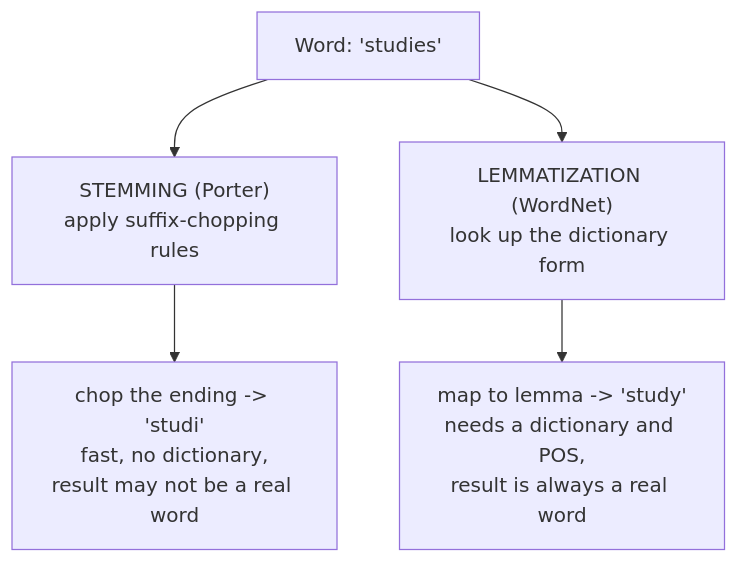
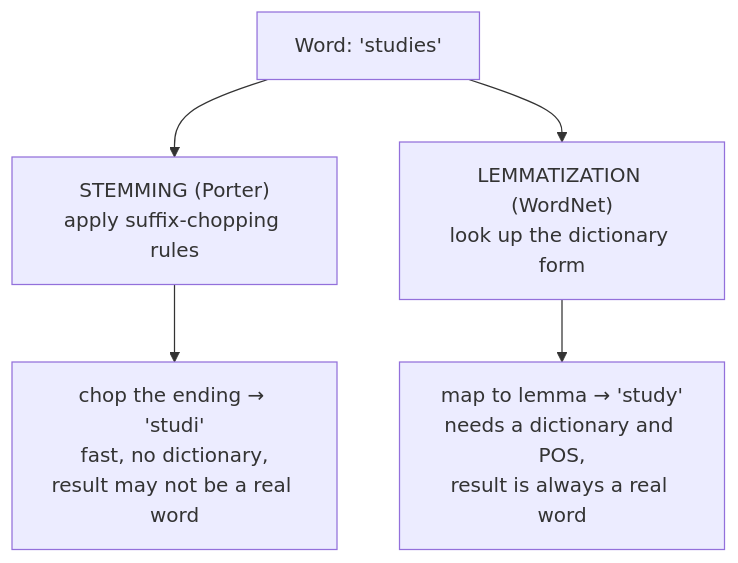
The first of 2 diagrams in content/courses/natural-language-processing-python/stemming-and-lemmatization.mdx (dataslope/dataslope), drawn with Mermaid before and after one commit. The commit also changed 26 other files, not shown here.

````diff
--- a/content/courses/natural-language-processing-python/stemming-and-lemmatization.mdx
+++ b/content/courses/natural-language-processing-python/stemming-and-lemmatization.mdx
@@ -27,7 +27,7 @@
 ```mermaid
 flowchart TB
     W["Word: 'studies'"] --> S["STEMMING (Porter)<br/>apply suffix-chopping rules"]
     W --> L["LEMMATIZATION (WordNet)<br/>look up the dictionary form"]
-    S --> S1["chop the ending -> 'studi'<br/>fast, no dictionary,<br/>result may not be a real word"]
-    L --> L1["map to lemma -> 'study'<br/>needs a dictionary and POS,<br/>result is always a real word"]
+    S --> S1["chop the ending → 'studi'<br/>fast, no dictionary,<br/>result may not be a real word"]
+    L --> L1["map to lemma → 'study'<br/>needs a dictionary and POS,<br/>result is always a real word"]
 ```
````
